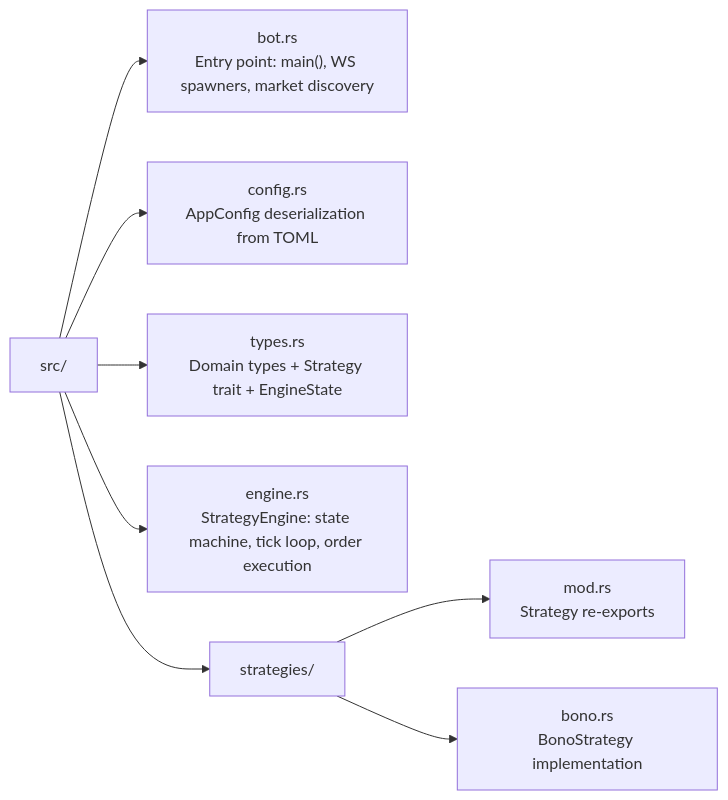
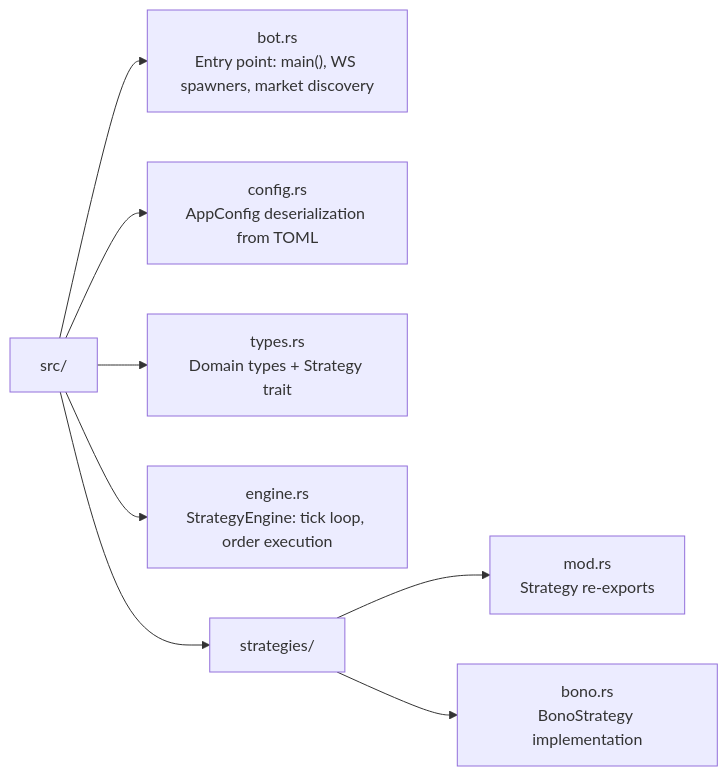
The second of 3 diagrams in docs/ARCHITECTURE.md (bbono/serekes), drawn with Mermaid before and after one commit. The commit also changed other lines of this file and 7 other files, not shown here.

````diff
--- a/docs/ARCHITECTURE.md
+++ b/docs/ARCHITECTURE.md
@@ -64,10 +63,10 @@
 ```mermaid
 graph LR
     SRC["src/"] --> BOT["bot.rs<br/>Entry point: main(), WS spawners, market discovery"]
     SRC --> CFG["config.rs<br/>AppConfig deserialization from TOML"]
-    SRC --> TYP["types.rs<br/>Domain types + Strategy trait + EngineState"]
-    SRC --> ENG["engine.rs<br/>StrategyEngine: state machine, tick loop, order execution"]
+    SRC --> TYP["types.rs<br/>Domain types + Strategy trait"]
+    SRC --> ENG["engine.rs<br/>StrategyEngine: tick loop, order execution"]
     SRC --> STRAT["strategies/"]
     STRAT --> SMOD["mod.rs<br/>Strategy re-exports"]
     STRAT --> BONO["bono.rs<br/>BonoStrategy implementation"]
 ```
````
